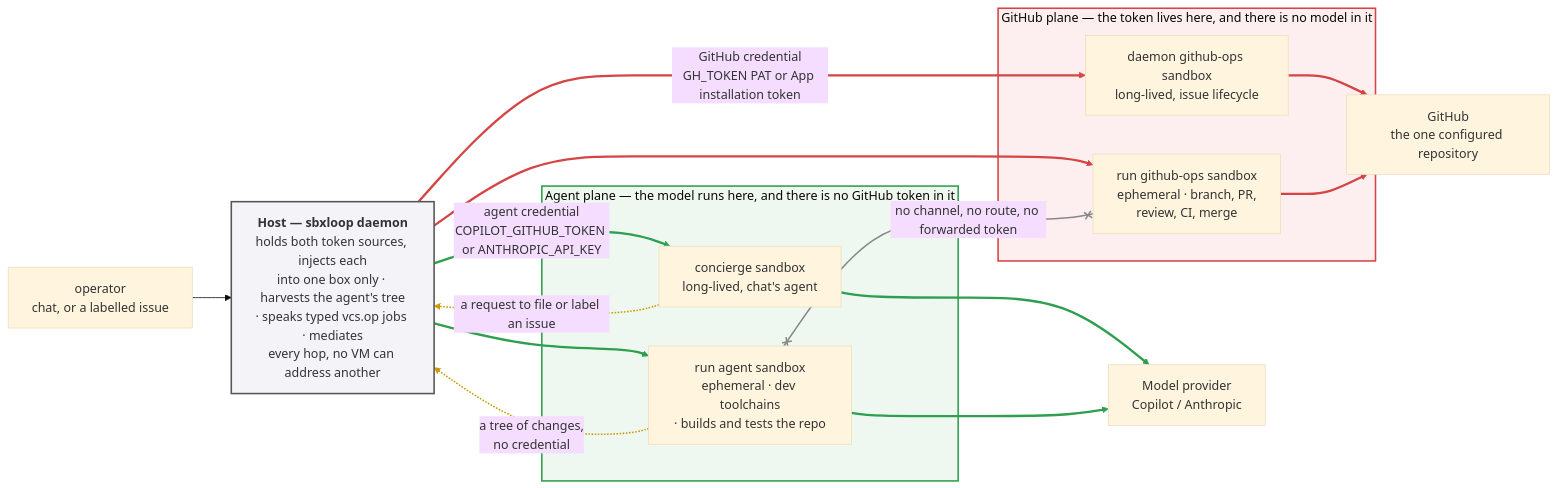
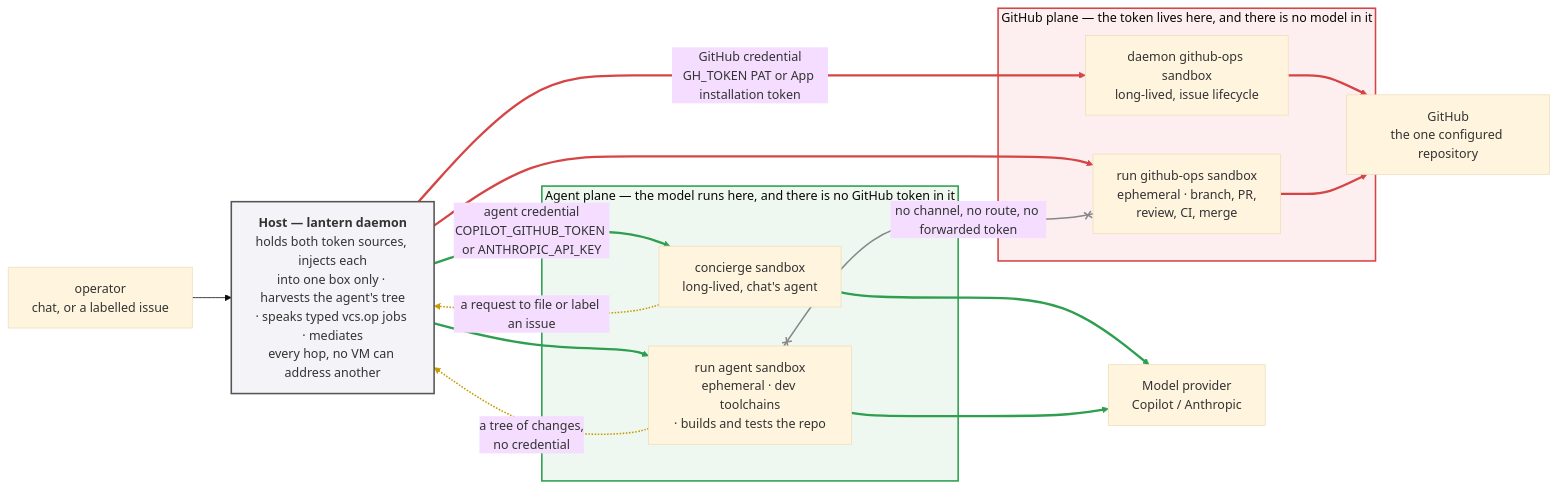
Before and after one commit to brettbergin/lantern-backend: the diagram in docs/architecture.md, drawn with Mermaid (base theme). The commit also changed other lines of this file and 1278 other files, not shown here.

First line of the commit message:
Rename sbxloop to Lantern (#2378)

````diff
--- a/docs/architecture.md
+++ b/docs/architecture.md
@@ -208,41 +208,41 @@
 ```mermaid
 flowchart LR
     operator["operator<br/>chat, or a labelled issue"]
 
-    host["<b>Host — sbxloop daemon</b><br/>holds both token sources, injects each<br/>into one box only · harvests the agent's tree<br/>· speaks typed vcs.op jobs · mediates<br/>every hop, no VM can address another"]
+    host["<b>Host — lantern daemon</b><br/>holds both token sources, injects each<br/>into one box only · harvests the agent's tree<br/>· speaks typed vcs.op jobs · mediates<br/>every hop, no VM can address another"]
 
     subgraph green["Agent plane — the model runs here, and there is no GitHub token in it"]
         conc["concierge sandbox<br/>long-lived, chat's agent"]
         agent["run agent sandbox<br/>ephemeral · dev toolchains<br/>· builds and tests the repo"]
     end
 
     subgraph red["GitHub plane — the token lives here, and there is no model in it"]
         dgh["daemon github-ops sandbox<br/>long-lived, issue lifecycle"]
         ghbox["run github-ops sandbox<br/>ephemeral · branch, PR,<br/>review, CI, merge"]
     end
 
     model["Model provider<br/>Copilot / Anthropic"]
     gh["GitHub<br/>the one configured repository"]
 
     operator --> host
     host ==>|"agent credential<br/>COPILOT_GITHUB_TOKEN or ANTHROPIC_API_KEY"| conc
     host ==> agent
     conc ==> model
     agent ==> model
     host ==>|"GitHub credential<br/>GH_TOKEN PAT or App installation token"| dgh
     host ==> ghbox
     dgh ==> gh
     ghbox ==> gh
     agent -.->|"a tree of changes,<br/>no credential"| host
     conc -.->|"a request to file or label an issue"| host
     agent x-- "no channel, no route, no forwarded token" --x ghbox
 
     linkStyle 1,2,3,4 stroke:#2e9e4f,stroke-width:3px
     linkStyle 5,6,7,8 stroke:#d64545,stroke-width:3px
     linkStyle 9,10 stroke:#c99a00,stroke-width:2px
     linkStyle 11 stroke:#888,stroke-width:2px
 
     style green fill:#eef8f1,stroke:#2e9e4f,stroke-width:2px
     style red fill:#fdefef,stroke:#d64545,stroke-width:2px
     style host fill:#f4f4f8,stroke:#555,stroke-width:2px
 ```
````
